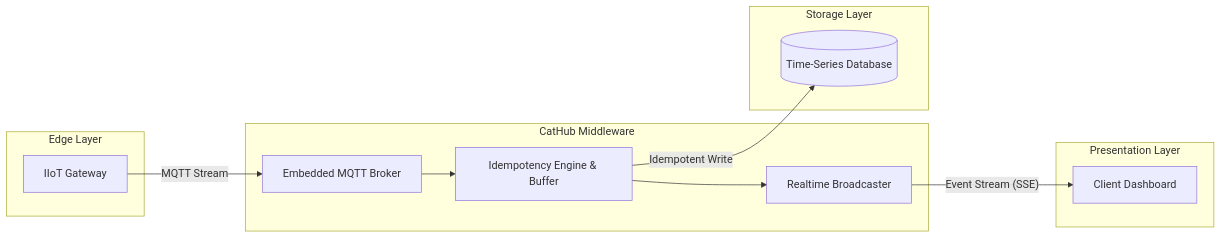
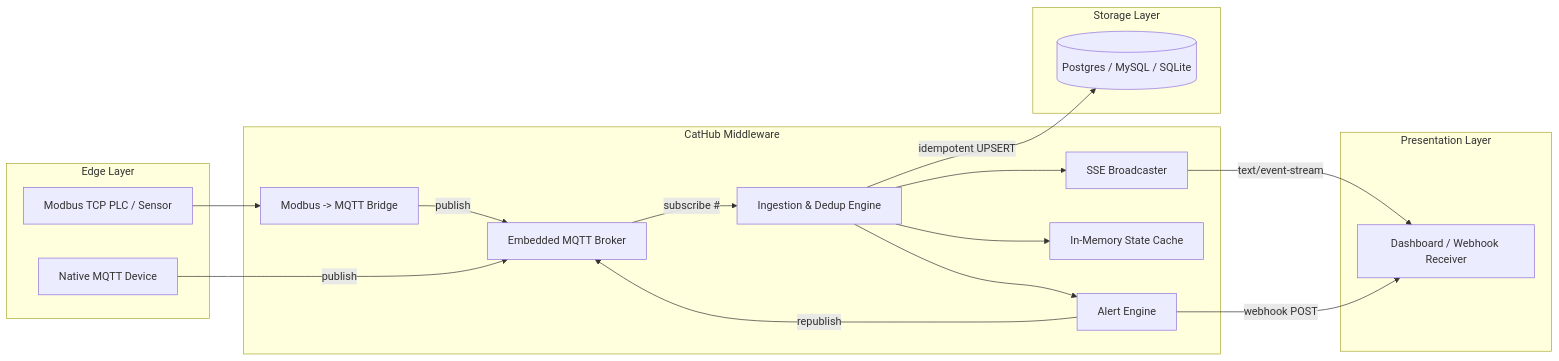
Before and after one commit to dhimasarista/cathub: the diagram in README.md, drawn with Mermaid. The commit also changed other lines of this file and 14 other files, not shown here.

First line of the commit message:
feat: add Modbus bridge, MQTT ingestion pipeline, alerting, and vault persistence

````diff
--- a/README.md
+++ b/README.md
@@ -45,27 +57,37 @@
 ```mermaid
 flowchart LR
     subgraph Edge ["Edge Layer"]
-        Gateway["IIoT Gateway"]
+        MqttDevice["Native MQTT Device"]
+        Plc["Modbus TCP PLC / Sensor"]
     end
 
     subgraph CatHub ["CatHub Middleware"]
+        Bridge["Modbus -> MQTT Bridge"]
         Broker["Embedded MQTT Broker"]
-        Engine["Idempotency Engine & Buffer"]
-        SSE["Realtime Broadcaster"]
+        Engine["Ingestion & Dedup Engine"]
+        Alerts["Alert Engine"]
+        Cache["In-Memory State Cache"]
+        SSE["SSE Broadcaster"]
 
-        Broker --> Engine
+        Plc --> Bridge
+        Bridge -- "publish" --> Broker
+        MqttDevice -- "publish" --> Broker
+        Broker -- "subscribe #" --> Engine
+        Engine --> Cache
+        Engine --> Alerts
         Engine --> SSE
+        Alerts -- "republish" --> Broker
     end
 
     subgraph Storage ["Storage Layer"]
-        DB[("Time-Series Database")]
+        DB[("Postgres / MySQL / SQLite")]
     end
 
     subgraph Frontend ["Presentation Layer"]
-        ClientApp["Client Dashboard"]
+        ClientApp["Dashboard / Webhook Receiver"]
     end
 
-    Gateway -- "MQTT Stream" --> Broker
-    Engine -- "Idempotent Write" --> DB
-    SSE -- "Event Stream (SSE)" --> ClientApp
+    Engine -- "idempotent UPSERT" --> DB
+    SSE -- "text/event-stream" --> ClientApp
+    Alerts -- "webhook POST" --> ClientApp
 ```
````
